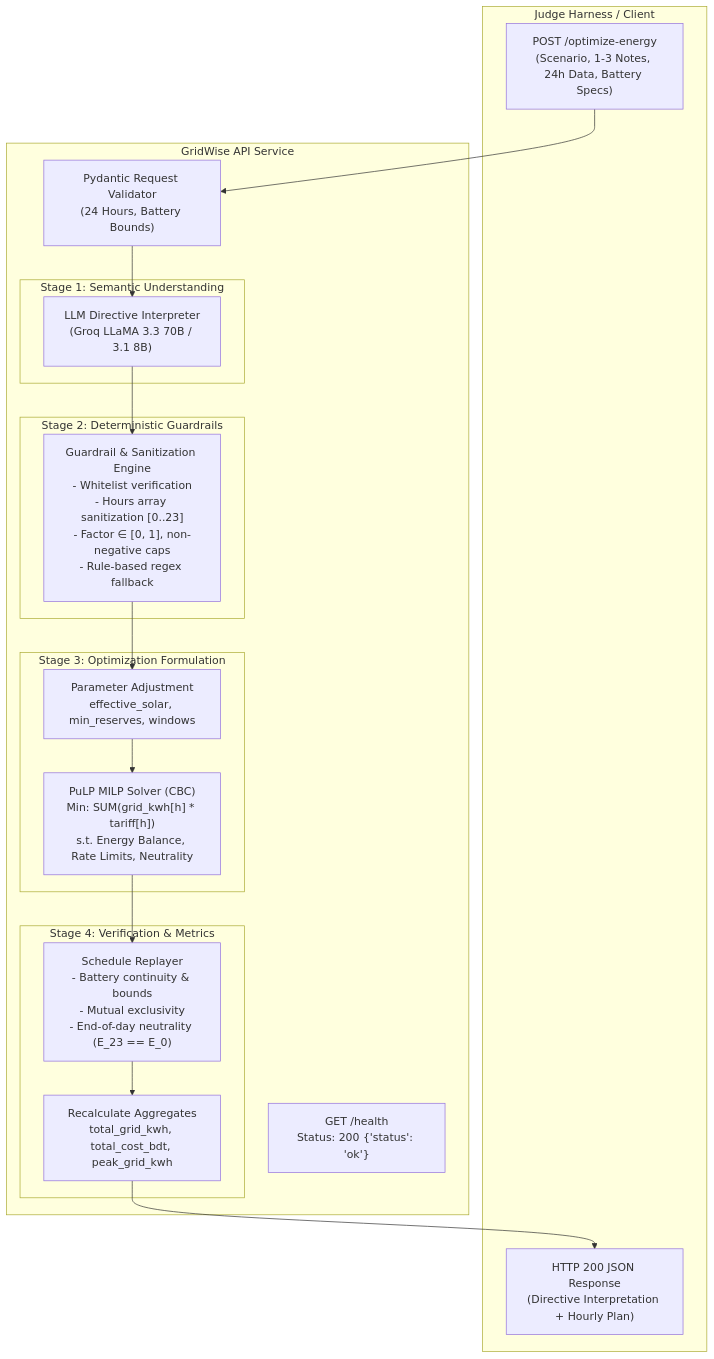
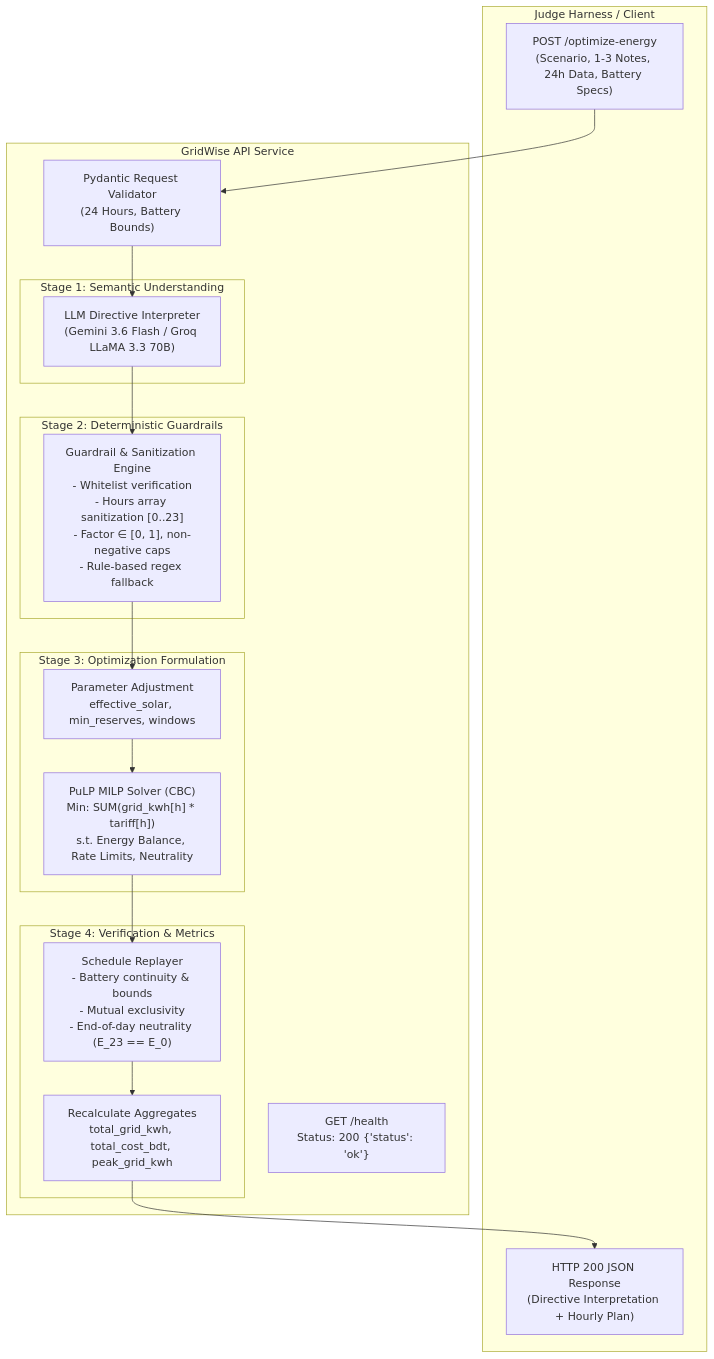
The diagram in README.md (Andrew-Velox/bup_hackathon_pre), drawn with Mermaid before and after one commit. The commit also changed other lines of this file and 1 other file, not shown here.

````diff
--- a/README.md
+++ b/README.md
@@ -12,39 +9,39 @@
 ```mermaid
 flowchart TD
     subgraph Client ["Judge Harness / Client"]
         Req["POST /optimize-energy<br/>(Scenario, 1-3 Notes, 24h Data, Battery Specs)"]
         Resp["HTTP 200 JSON Response<br/>(Directive Interpretation + Hourly Plan)"]
     end
 
     subgraph Service ["GridWise API Service"]
         Health["GET /health<br/>Status: 200 {'status': 'ok'}"]
         Validator["Pydantic Request Validator<br/>(24 Hours, Battery Bounds)"]
 
         subgraph Stage1 ["Stage 1: Semantic Understanding"]
-            LLM["LLM Directive Interpreter<br/>(Groq LLaMA 3.3 70B / 3.1 8B)"]
+            LLM["LLM Directive Interpreter<br/>(Gemini 3.6 Flash / Groq LLaMA 3.3 70B)"]
         end
 
         subgraph Stage2 ["Stage 2: Deterministic Guardrails"]
             Guardrails["Guardrail & Sanitization Engine<br/>- Whitelist verification<br/>- Hours array sanitization [0..23]<br/>- Factor ∈ [0, 1], non-negative caps<br/>- Rule-based regex fallback"]
         end
 
         subgraph Stage3 ["Stage 3: Optimization Formulation"]
             Prep["Parameter Adjustment<br/>effective_solar, min_reserves, windows"]
             Solver["PuLP MILP Solver (CBC)<br/>Min: SUM(grid_kwh[h] * tariff[h])<br/>s.t. Energy Balance, Rate Limits, Neutrality"]
         end
 
         subgraph Stage4 ["Stage 4: Verification & Metrics"]
             Replayer["Schedule Replayer<br/>- Battery continuity & bounds<br/>- Mutual exclusivity<br/>- End-of-day neutrality (E_23 == E_0)"]
             Aggregator["Recalculate Aggregates<br/>total_grid_kwh, total_cost_bdt, peak_grid_kwh"]
         end
     end
 
     Req --> Validator
     Validator --> LLM
     LLM --> Guardrails
     Guardrails --> Prep
     Prep --> Solver
     Solver --> Replayer
     Replayer --> Aggregator
     Aggregator --> Resp
 ```
````
